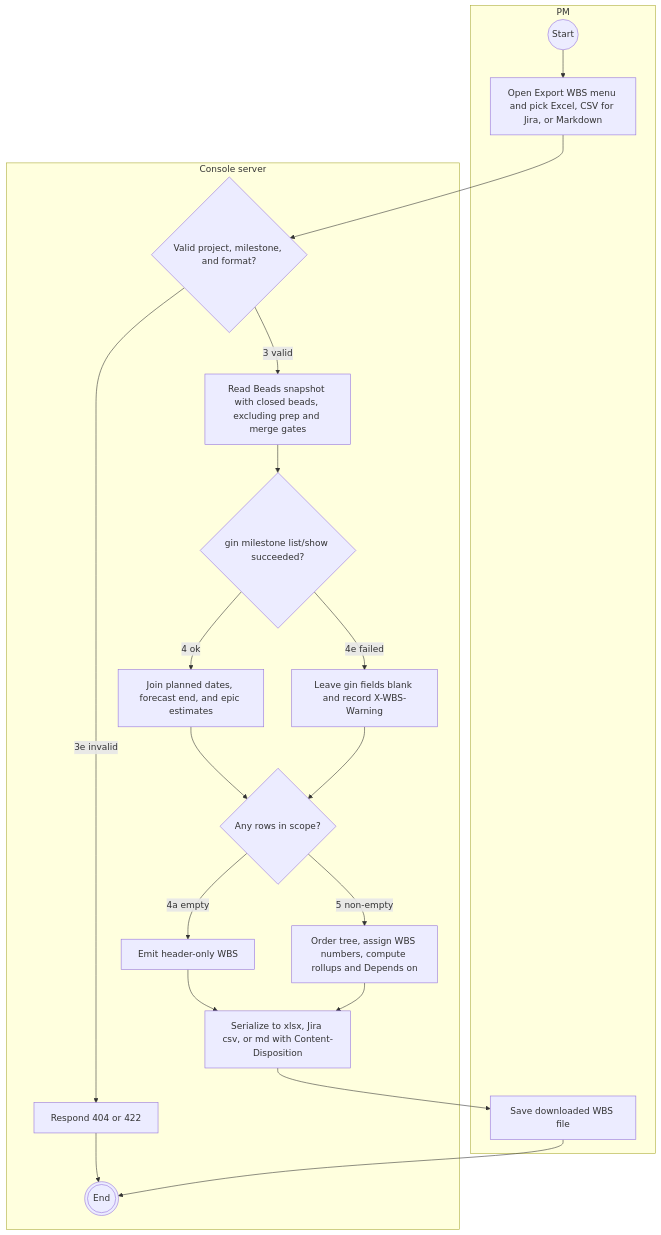
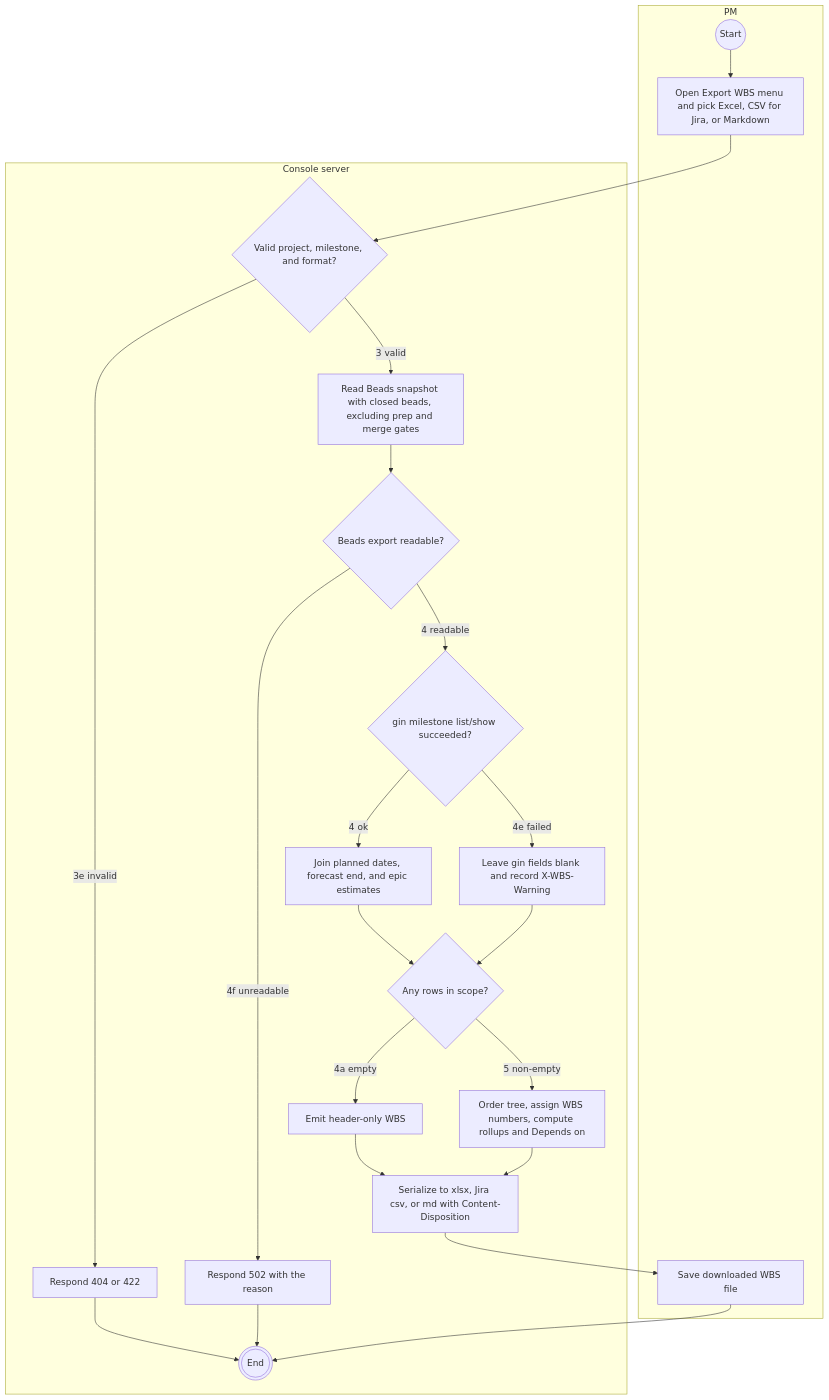
The diagram in docs/specs/milestone-ui/diagrams/wbs-export-activity.md (giangdhwhtbr/gin-console), drawn with Mermaid before and after one commit. The commit also changed 5 other files, not shown here.

First line of the commit message:
docs(specs): WBS export plan and spec fixes (gin-console-rm-wbs-export)

````diff
--- a/docs/specs/milestone-ui/diagrams/wbs-export-activity.md
+++ b/docs/specs/milestone-ui/diagrams/wbs-export-activity.md
@@ -7,37 +7,42 @@
 ```mermaid
 flowchart TD
   subgraph pm[PM]
     start((Start))
     choose[Open Export WBS menu and pick Excel, CSV for Jira, or Markdown]
     save[Save downloaded WBS file]
   end
   subgraph server[Console server]
     validate{Valid project, milestone, and format?}
     reject[Respond 404 or 422]
     snap[Read Beads snapshot with closed beads, excluding prep and merge gates]
+    snapCheck{Beads export readable?}
+    beadsFail[Respond 502 with the reason]
     ginCheck{gin milestone list/show succeeded?}
     joinGin[Join planned dates, forecast end, and epic estimates]
     degraded[Leave gin fields blank and record X-WBS-Warning]
     empty{Any rows in scope?}
     emptyDoc[Emit header-only WBS]
     build[Order tree, assign WBS numbers, compute rollups and Depends on]
     serialize[Serialize to xlsx, Jira csv, or md with Content-Disposition]
     done(((End)))
   end
   start --> choose
   choose --> validate
   validate -->|3e invalid| reject
   reject --> done
   validate -->|3 valid| snap
-  snap --> ginCheck
+  snap --> snapCheck
+  snapCheck -->|4f unreadable| beadsFail
+  beadsFail --> done
+  snapCheck -->|4 readable| ginCheck
   ginCheck -->|4 ok| joinGin
   ginCheck -->|4e failed| degraded
   joinGin --> empty
   degraded --> empty
   empty -->|4a empty| emptyDoc
   empty -->|5 non-empty| build
   emptyDoc --> serialize
   build --> serialize
   serialize --> save
   save --> done
 ```
````
